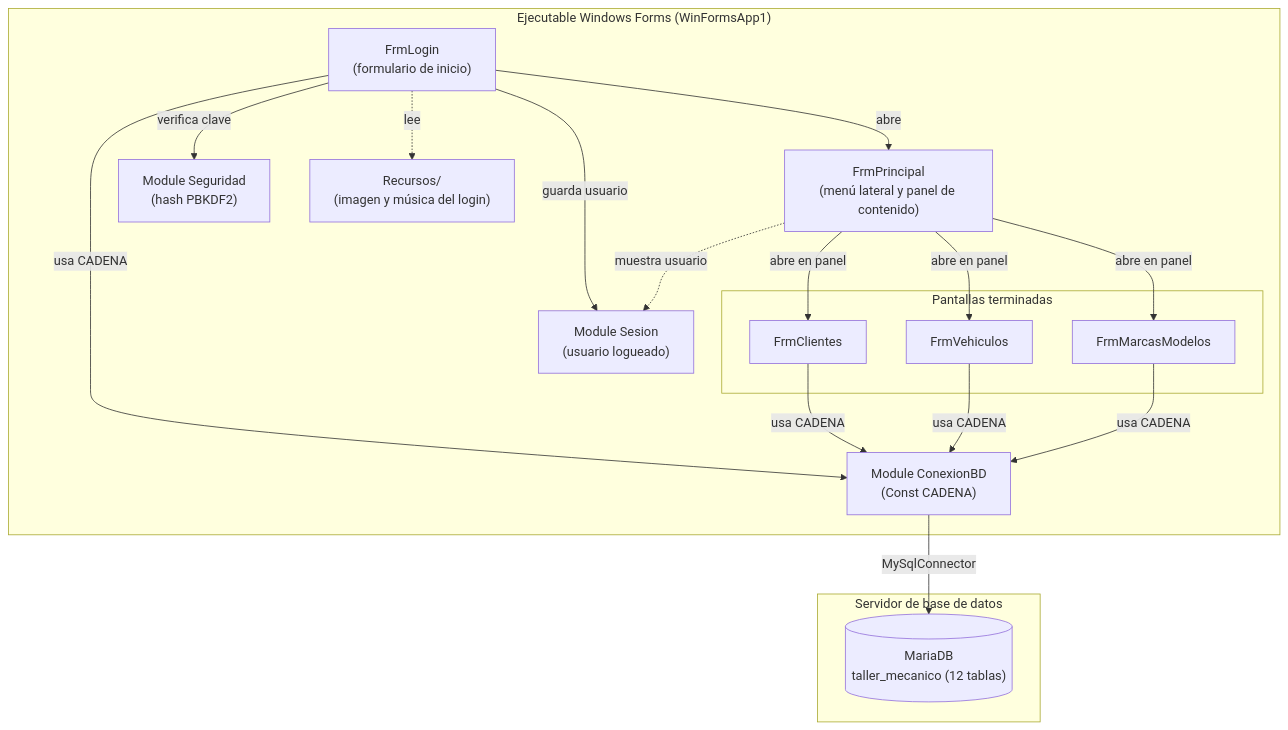
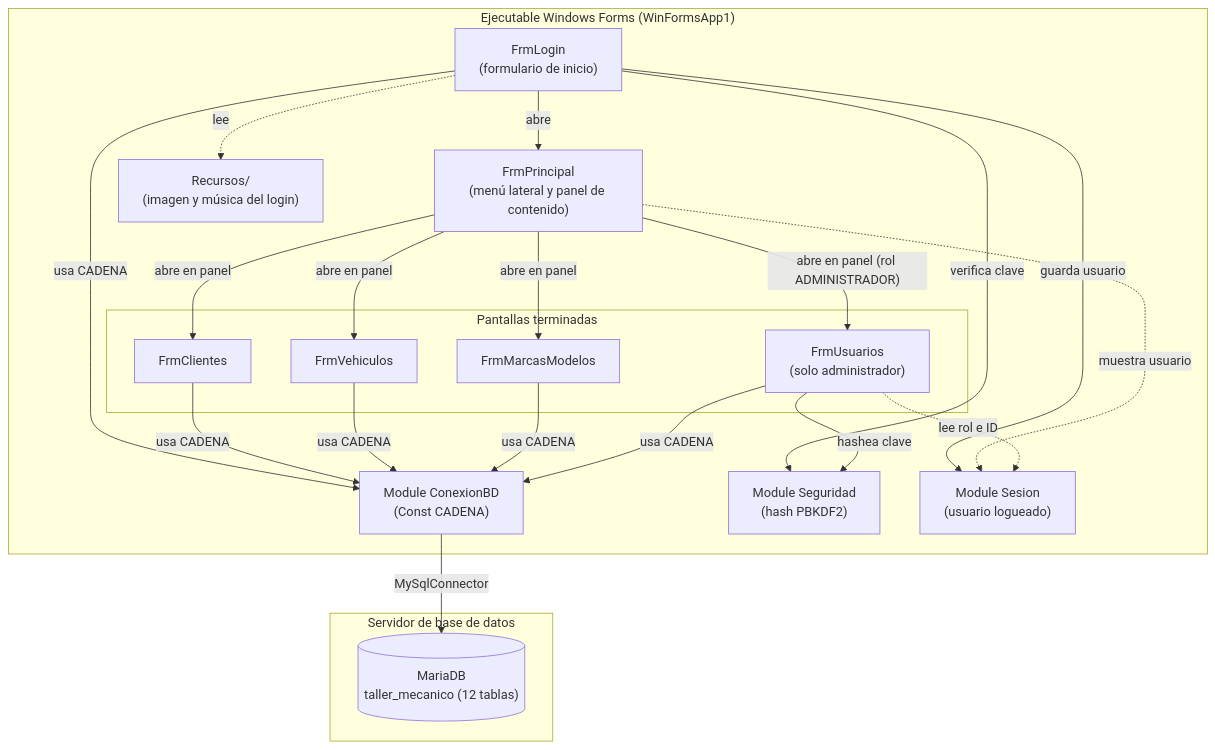
One commit to MedinaLucas1996/taller-mecanico changed the diagram in README.md. Above: the diagram before and after it, drawn with Mermaid. The commit also changed other lines of this file and 2 other files, not shown here.

````diff
--- a/README.md
+++ b/README.md
@@ -32,34 +32,39 @@
 ```mermaid
 graph TD
     subgraph Cliente["Ejecutable Windows Forms (WinFormsApp1)"]
         Login["FrmLogin<br/>(formulario de inicio)"]
         Principal["FrmPrincipal<br/>(menú lateral y panel de contenido)"]
         subgraph Pantallas["Pantallas terminadas"]
             Clientes["FrmClientes"]
             Vehiculos["FrmVehiculos"]
             Marcas["FrmMarcasModelos"]
+            Usuarios["FrmUsuarios<br/>(solo administrador)"]
         end
         Conexion["Module ConexionBD<br/>(Const CADENA)"]
         Seguridad["Module Seguridad<br/>(hash PBKDF2)"]
         Sesion["Module Sesion<br/>(usuario logueado)"]
         Recursos["Recursos/<br/>(imagen y música del login)"]
     end
 
     subgraph Datos["Servidor de base de datos"]
         DB[("MariaDB<br/>taller_mecanico (12 tablas)")]
     end
 
     Login -->|"abre"| Principal
     Login -.->|"lee"| Recursos
     Login -->|"verifica clave"| Seguridad
     Login -->|"usa CADENA"| Conexion
     Login -->|"guarda usuario"| Sesion
     Principal -.->|"muestra usuario"| Sesion
     Principal -->|"abre en panel"| Clientes
     Principal -->|"abre en panel"| Vehiculos
     Principal -->|"abre en panel"| Marcas
+    Principal -->|"abre en panel (rol ADMINISTRADOR)"| Usuarios
     Clientes -->|"usa CADENA"| Conexion
     Vehiculos -->|"usa CADENA"| Conexion
     Marcas -->|"usa CADENA"| Conexion
+    Usuarios -->|"usa CADENA"| Conexion
+    Usuarios -->|"hashea clave"| Seguridad
+    Usuarios -.->|"lee rol e ID"| Sesion
     Conexion -->|"MySqlConnector"| DB
 ```
````
